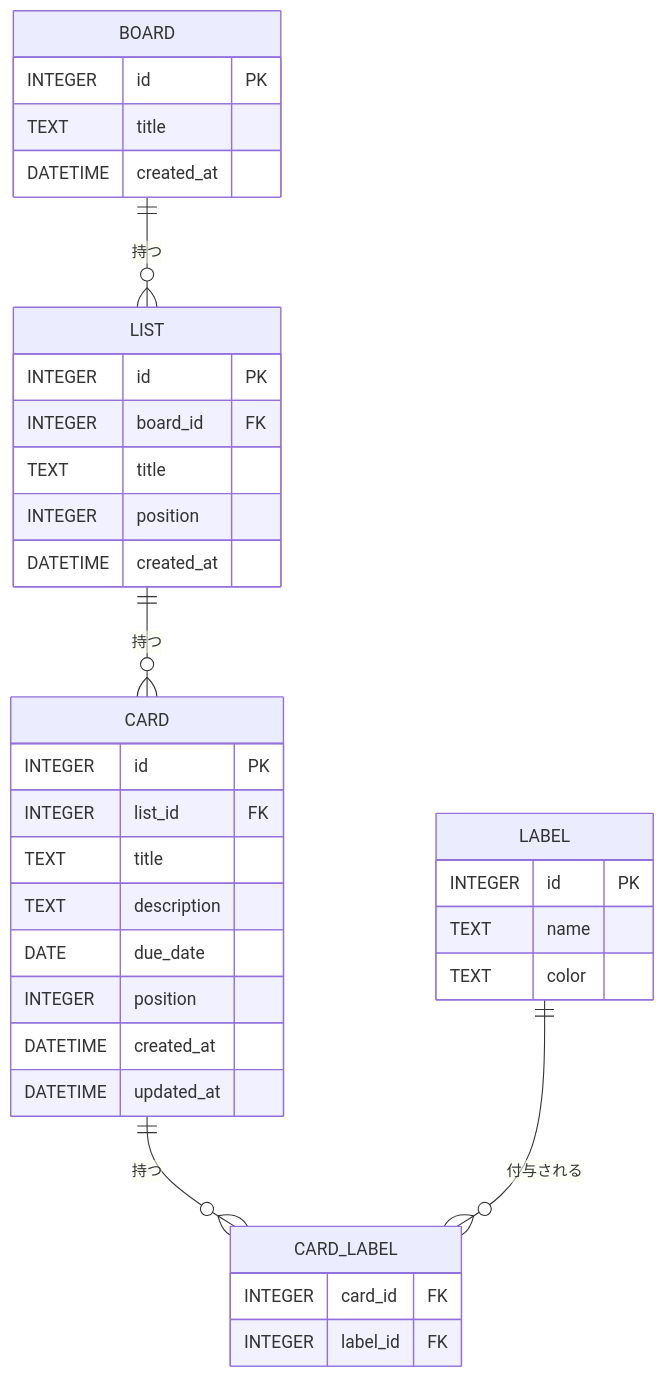
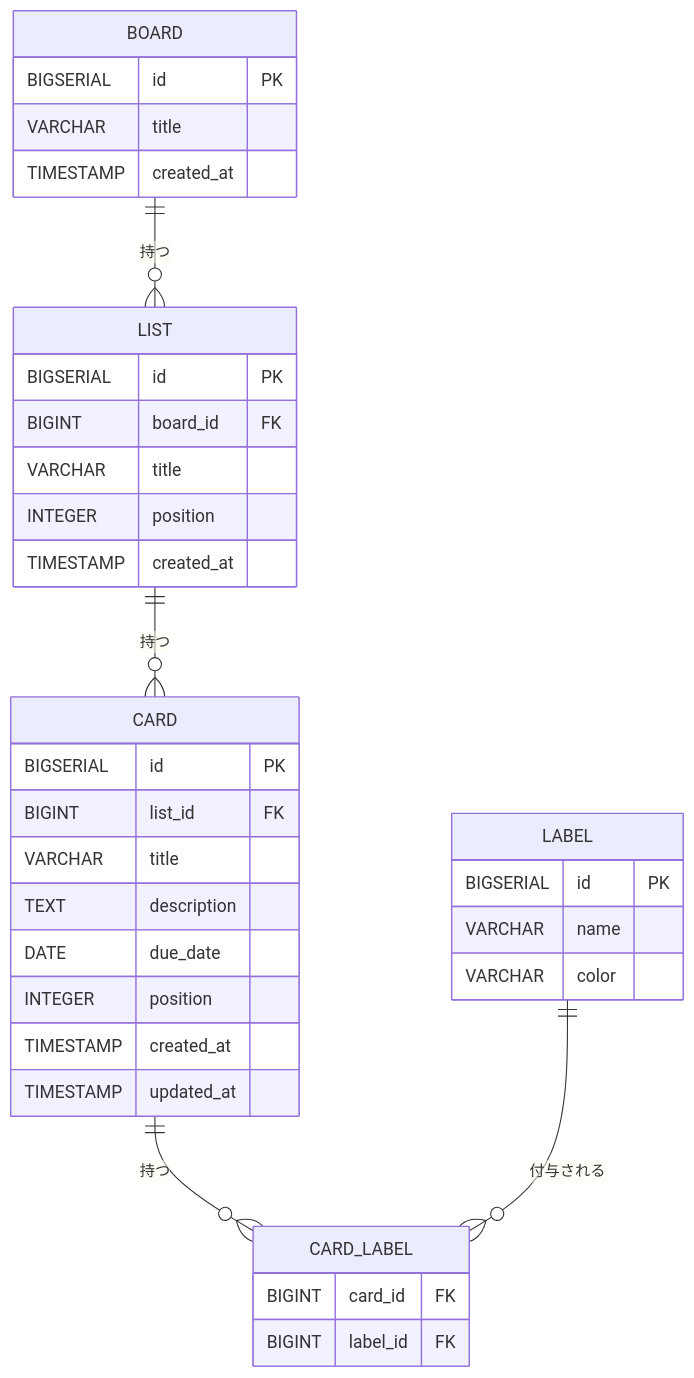
Before and after one commit to shibito99/TASKMANAGEMENT: the diagram in 技術設計書.md, drawn with Mermaid. The commit also changed other lines of this file and 1 other file, not shown here.

````diff
--- a/技術設計書.md
+++ b/技術設計書.md
@@ -57,39 +72,39 @@
 ```mermaid
 erDiagram
     BOARD {
-        INTEGER id PK
-        TEXT title
-        DATETIME created_at
+        BIGSERIAL id PK
+        VARCHAR title
+        TIMESTAMP created_at
     }
     LIST {
-        INTEGER id PK
-        INTEGER board_id FK
-        TEXT title
+        BIGSERIAL id PK
+        BIGINT board_id FK
+        VARCHAR title
         INTEGER position
-        DATETIME created_at
+        TIMESTAMP created_at
     }
     CARD {
-        INTEGER id PK
-        INTEGER list_id FK
-        TEXT title
+        BIGSERIAL id PK
+        BIGINT list_id FK
+        VARCHAR title
         TEXT description
         DATE due_date
         INTEGER position
-        DATETIME created_at
-        DATETIME updated_at
+        TIMESTAMP created_at
+        TIMESTAMP updated_at
     }
     LABEL {
-        INTEGER id PK
-        TEXT name
-        TEXT color
+        BIGSERIAL id PK
+        VARCHAR name
+        VARCHAR color
     }
     CARD_LABEL {
-        INTEGER card_id FK
-        INTEGER label_id FK
+        BIGINT card_id FK
+        BIGINT label_id FK
     }
 
     BOARD ||--o{ LIST : "持つ"
     LIST ||--o{ CARD : "持つ"
     CARD ||--o{ CARD_LABEL : "持つ"
     LABEL ||--o{ CARD_LABEL : "付与される"
 ```
````
